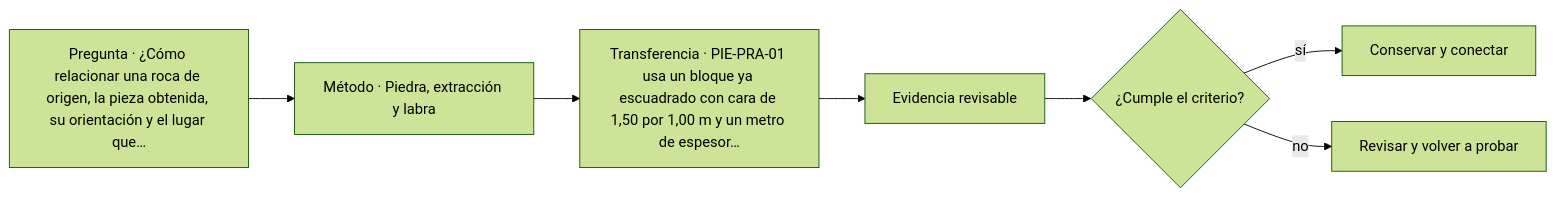
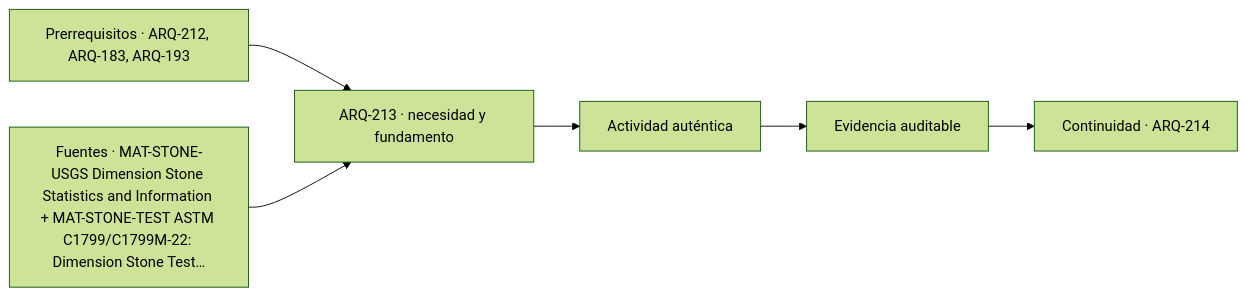
One commit to vladimiracunadev-create/architecture-built-environment-learning-program changed the diagram in classes/parte-22/ARQ-213.md. Above: the diagram before and after it, drawn with Mermaid (forest theme). The commit also changed other lines of this file and 761 other files, not shown here.

````diff
--- a/classes/parte-22/ARQ-213.md
+++ b/classes/parte-22/ARQ-213.md
@@ -99,9 +111,8 @@
 ```mermaid
 flowchart LR
-    Q["Pregunta · ¿Cómo relacionar una roca de origen, la pieza obtenida, su orientación y el lugar que…"] --> M["Método · Piedra, extracción y labra"]
-    M --> P["Transferencia · PIE-PRA-01 usa un bloque ya escuadrado con cara de 1,50 por 1,00 m y un metro de espesor…"]
-    P --> E["Evidencia revisable"]
-    E --> C{"¿Cumple el criterio?"}
-    C -->|sí| T["Conservar y conectar"]
-    C -->|no| R["Revisar y volver a probar"]
+    A["Prerrequisitos · ARQ-212, ARQ-183, ARQ-193"] --> B["ARQ-213 · necesidad y fundamento"]
+    S["Fuentes · MAT-STONE-USGS Dimension Stone Statistics and Information + MAT-STONE-TEST ASTM C1799/C1799M-22: Dimension Stone Test…"] --> B
+    B --> C["Actividad auténtica"]
+    C --> D["Evidencia auditable"]
+    D --> E["Continuidad · ARQ-214"]
 ```
````
